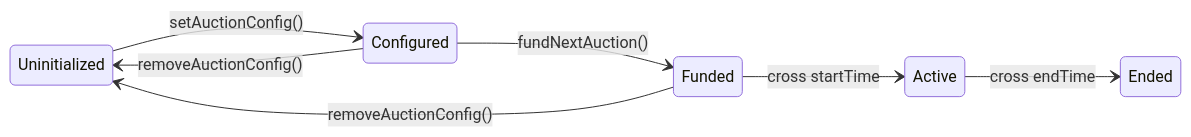
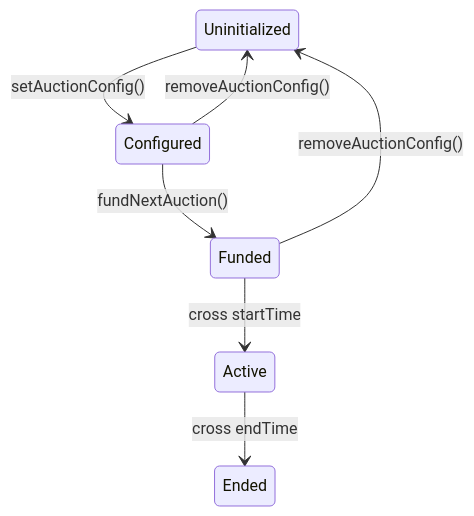
One commit to JacoboLansac/audits changed the diagram in solo/temple/templeGold/temple-gold-spice-auction-updates.md. Above: the diagram before and after it, drawn with Mermaid. The commit also changed other lines of this file and 1 other file, not shown here.

Commit message:
updated readme and state graph orientation

````diff
--- a/solo/temple/templeGold/temple-gold-spice-auction-updates.md
+++ b/solo/temple/templeGold/temple-gold-spice-auction-updates.md
@@ -101,11 +101,11 @@
 ```mermaid
 stateDiagram
-    direction LR
+    %%direction LR
 
     Uninitialized --> Configured : setAuctionConfig()
     Configured --> Funded : fundNextAuction()
     Funded --> Active : cross startTime
     Active --> Ended : cross endTime
     Configured --> Uninitialized : removeAuctionConfig()
     Funded --> Uninitialized : removeAuctionConfig()
 ```
````
